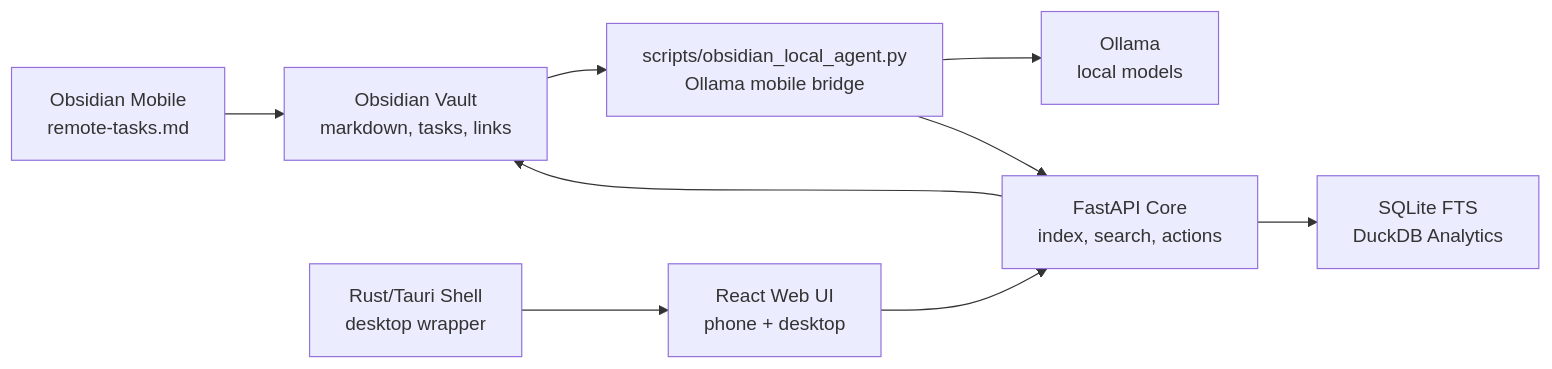
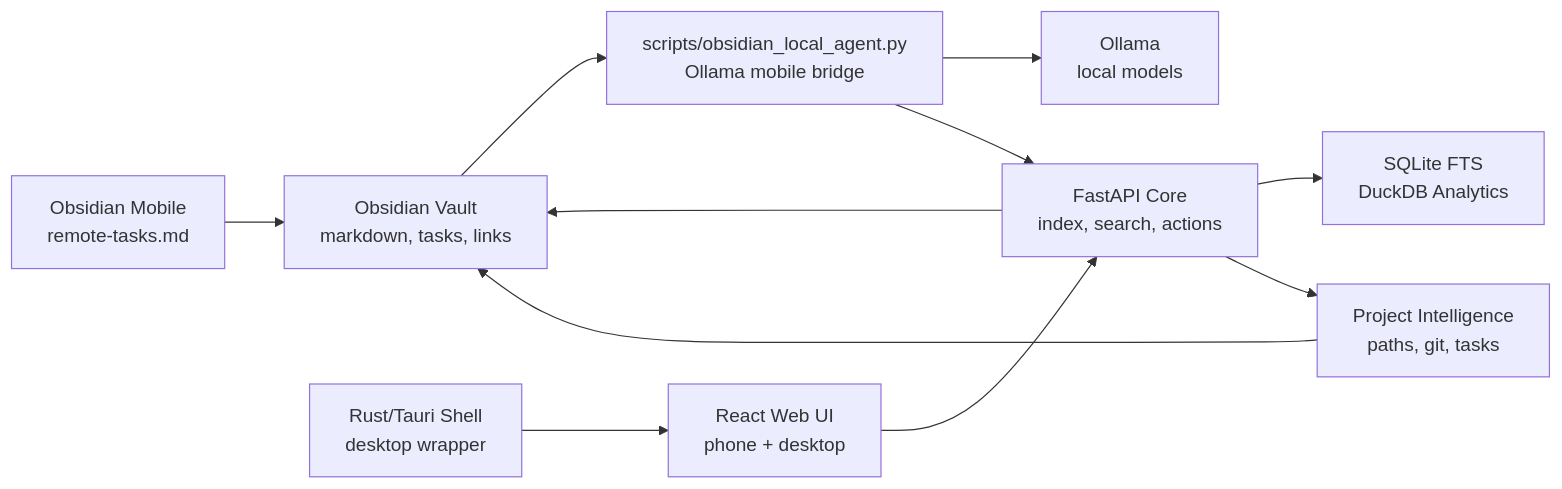
Before and after one commit to Just2Alim/AI-Absidian-assistent: the diagram in docs/ARCHITECTURE.md, drawn with Mermaid. The commit also changed other lines of this file and 6 other files, not shown here.

Commit message:
Add project intelligence dashboard

````diff
--- a/docs/ARCHITECTURE.md
+++ b/docs/ARCHITECTURE.md
@@ -22,20 +22,23 @@
 ```mermaid
 flowchart LR
     Mobile["Obsidian Mobile<br/>remote-tasks.md"]
     Vault["Obsidian Vault<br/>markdown, tasks, links"]
     Bridge["scripts/obsidian_local_agent.py<br/>Ollama mobile bridge"]
     API["FastAPI Core<br/>index, search, actions"]
+    Projects["Project Intelligence<br/>paths, git, tasks"]
     DB["SQLite FTS<br/>DuckDB Analytics"]
     UI["React Web UI<br/>phone + desktop"]
     Ollama["Ollama<br/>local models"]
     FutureShell["Rust/Tauri Shell<br/>desktop wrapper"]
 
     Mobile --> Vault
     Vault --> Bridge
     Bridge --> Ollama
     Bridge --> API
     API --> DB
     API --> Vault
+    API --> Projects
+    Projects --> Vault
     UI --> API
     FutureShell --> UI
 ```
````
